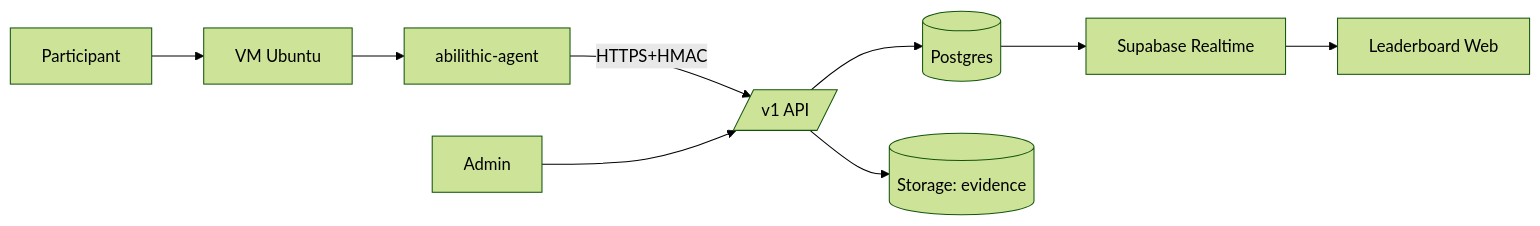
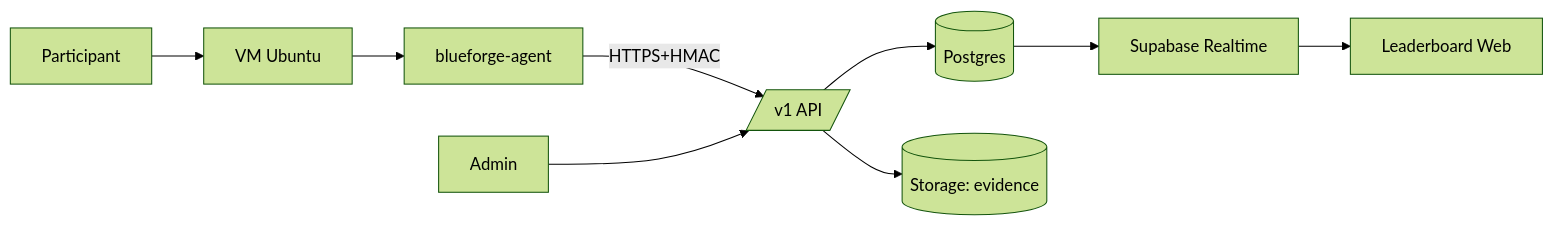
Before and after one commit to abilithic/abilithic-defensive-competition: the third of 6 diagrams in docs/TECHNICAL-DESIGN.md, drawn with Mermaid (forest theme). The commit also changed other lines of this file and 44 other files, not shown here.

Commit message:
feat: rebrand abilithic DHC -> BlueForge (NoxNull toolkit) - new visual identity, updated docs/web/agent branding

````diff
--- a/docs/TECHNICAL-DESIGN.md
+++ b/docs/TECHNICAL-DESIGN.md
@@ -531,11 +531,11 @@
 ```mermaid
 flowchart LR
   P[Participant] --> VM[VM Ubuntu]
-  VM --> A[abilithic-agent]
+  VM --> A[blueforge-agent]
   A -- HTTPS+HMAC --> API[/v1 API/]
   API --> DB[(Postgres)]
   DB --> RT[Supabase Realtime]
   RT --> LB[Leaderboard Web]
   API --> ST[(Storage: evidence)]
   ADM[Admin] --> API
 ```
````
